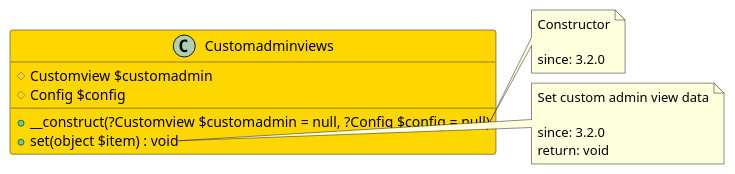
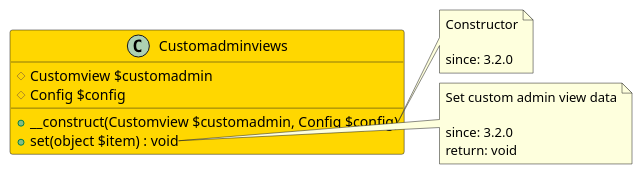
One commit to joomengine/jcb-compiler changed the diagram in src/e0e24173-a808-4dd5-8e26-de971d014f86/README.md. Above: the diagram before and after it, drawn with PlantUML. The commit also changed 558 other files, not shown here.

````diff
--- a/src/e0e24173-a808-4dd5-8e26-de971d014f86/README.md
+++ b/src/e0e24173-a808-4dd5-8e26-de971d014f86/README.md
@@ -12,24 +12,24 @@
 ```uml
 @startuml
 class Customadminviews  #Gold {
   # Customview $customadmin
   # Config $config
-  + __construct(?Customview $customadmin = null, ?Config $config = null)
+  + __construct(Customview $customadmin, Config $config)
   + set(object $item) : void
 }
 
 note right of Customadminviews::__construct
   Constructor
 
   since: 3.2.0
 end note
 
 note right of Customadminviews::set
   Set custom admin view data
 
   since: 3.2.0
   return: void
 end note
  
 @enduml
 ```
````
